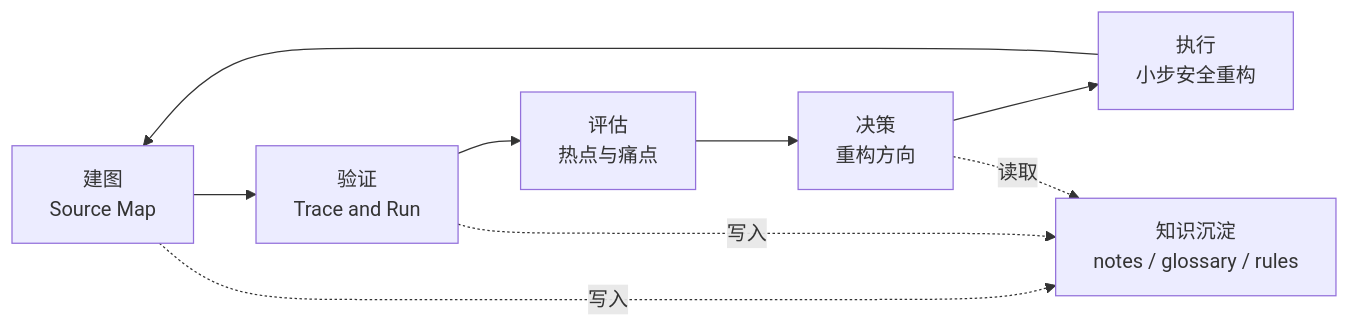
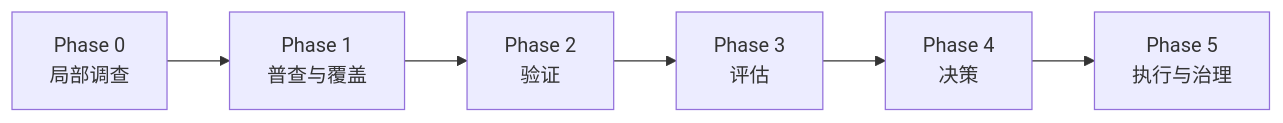
Before and after one commit to makotogu/codebase-analysis-methodology: the diagram in README.md, drawn with Mermaid. The commit also changed other lines of this file and 58 other files, not shown here.

````diff
--- a/README.md
+++ b/README.md
@@ -18,12 +9,8 @@
 ```mermaid
 flowchart LR
-    mapPhase["建图<br/>Source Map"] --> tracePhase["验证<br/>Trace and Run"]
-    tracePhase --> assessPhase["评估<br/>热点与痛点"]
-    assessPhase --> decidePhase["决策<br/>重构方向"]
-    decidePhase --> executePhase["执行<br/>小步安全重构"]
-    executePhase --> mapPhase
-    notesStore["知识沉淀<br/>notes / glossary / rules"]
-    mapPhase -.写入.-> notesStore
-    tracePhase -.写入.-> notesStore
-    decidePhase -.读取.-> notesStore
+    p0["Phase 0<br/>局部调查"] --> p1["Phase 1<br/>普查与覆盖"]
+    p1 --> p2["Phase 2<br/>验证"]
+    p2 --> p3["Phase 3<br/>评估"]
+    p3 --> p4["Phase 4<br/>决策"]
+    p4 --> p5["Phase 5<br/>执行与治理"]
 ```
````
